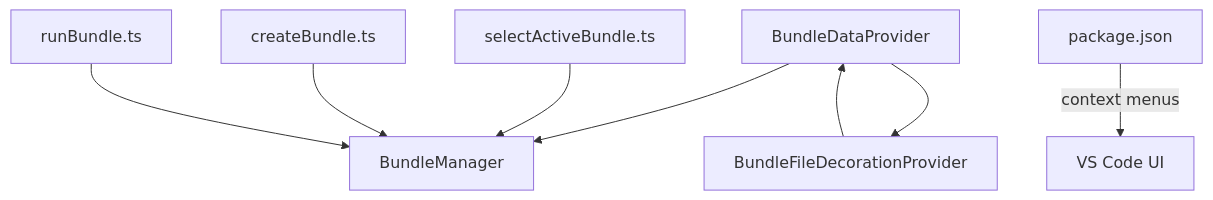
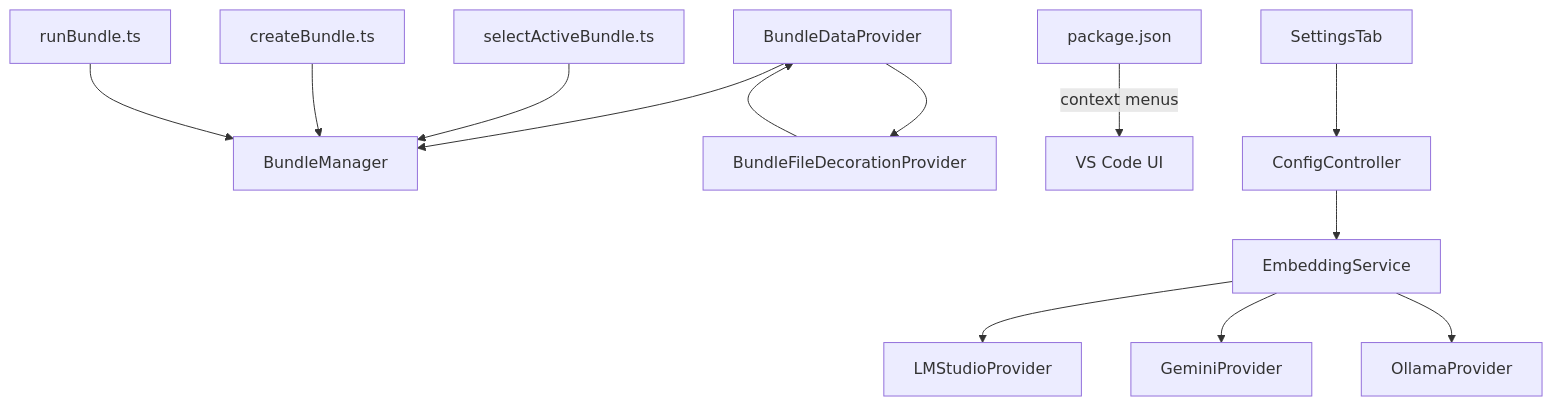
Before and after one commit to bramburn/repomix-runner: diagram 11 of 11 in .qoder/repowiki/en/content/Storage System/Provider Patterns and Integration.md, drawn with Mermaid. The commit also changed other lines of this file and 19 other files, not shown here.

````diff
--- a/.qoder/repowiki/en/content/Storage System/Provider Patterns and Integration.md
+++ b/.qoder/repowiki/en/content/Storage System/Provider Patterns and Integration.md
@@ -339,10 +539,15 @@
 ```mermaid
 graph TB
 BDP["BundleDataProvider"] --> BM["BundleManager"]
 BDP --> DEC["BundleFileDecorationProvider"]
 DEC --> BDP
 CMD1["selectActiveBundle.ts"] --> BM
 CMD2["createBundle.ts"] --> BM
 CMD3["runBundle.ts"] --> BM
 PKG["package.json"] --> |"context menus"| UI["VS Code UI"]
+ETS["EmbeddingService"] --> LMP["LMStudioProvider"]
+ETS --> GMP["GeminiProvider"]
+ETS --> OMP["OllamaProvider"]
+CC["ConfigController"] --> ETS
+ST["SettingsTab"] --> CC
 ```
````
